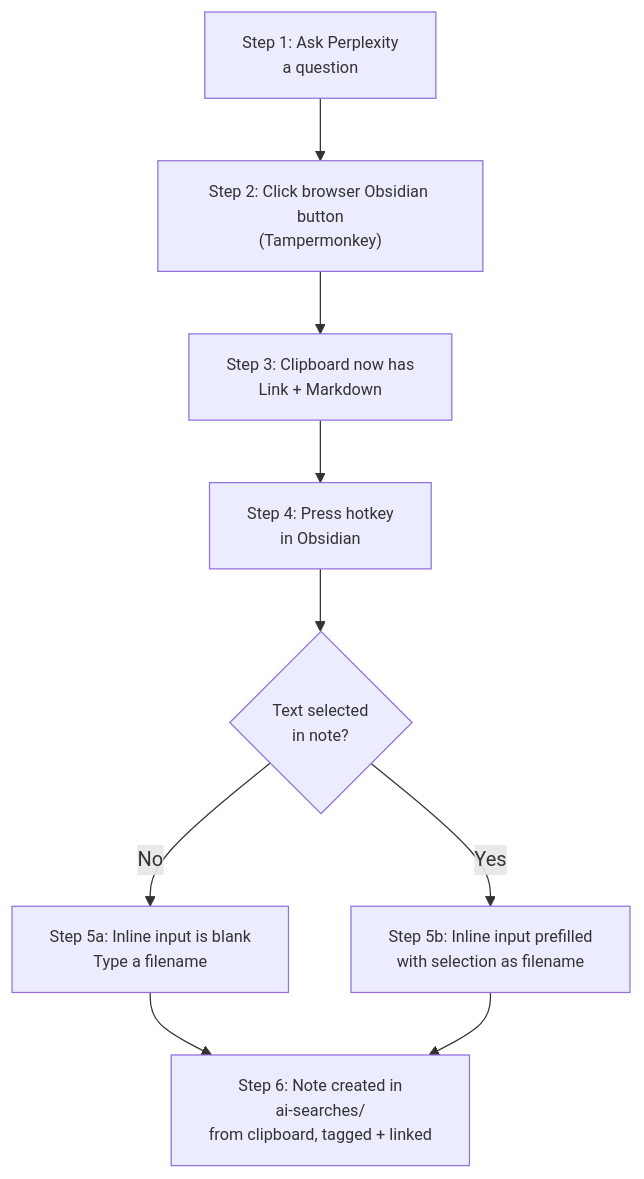
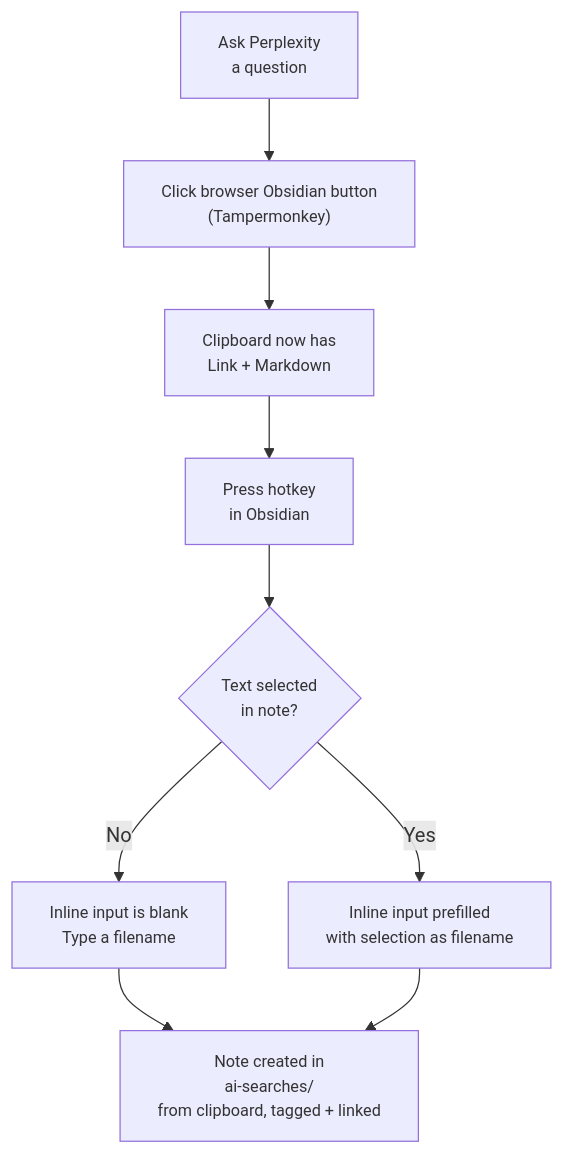
The diagram in README.md (notuntoward/obsidian-perplexity-saver), drawn with Mermaid before and after one commit.

Commit message:
Simplify flowchart steps in README.md

````diff
--- a/README.md
+++ b/README.md
@@ -12,17 +12,17 @@
 ```mermaid
 flowchart TD
-    A["Step 1: Ask Perplexity<br/>a question"] --> B["Step 2: Click browser Obsidian button<br/>(Tampermonkey)"]
-    B --> C["Step 3: Clipboard now has<br/>Link + Markdown"]
-    C --> D["Step 4: Press hotkey<br/>in Obsidian"]
+    A["Ask Perplexity<br/>a question"] --> B["Click browser Obsidian button<br/>(Tampermonkey)"]
+    B --> C["Clipboard now has<br/>Link + Markdown"]
+    C --> D["Press hotkey<br/>in Obsidian"]
     D --> E{"Text selected<br/>in note?"}
-    E -->|No| F["Step 5a: Inline input is blank<br/>Type a filename"]
-    E -->|Yes| G["Step 5b: Inline input prefilled<br/>with selection as filename"]
-    F --> H["Step 6: Note created in<br/>ai-searches/<br/>from clipboard, tagged + linked"]
+    E -->|No| F["Inline input is blank<br/>Type a filename"]
+    E -->|Yes| G["Inline input prefilled<br/>with selection as filename"]
+    F --> H["Note created in<br/>ai-searches/<br/>from clipboard, tagged + linked"]
     G --> H
 
     %% Define the smaller font style
     classDef smallFont font-size:13px;
     
     %% Assign the style to all nodes at once
     class A,B,C,D,E,F,G,H smallFont;
 ```
````
